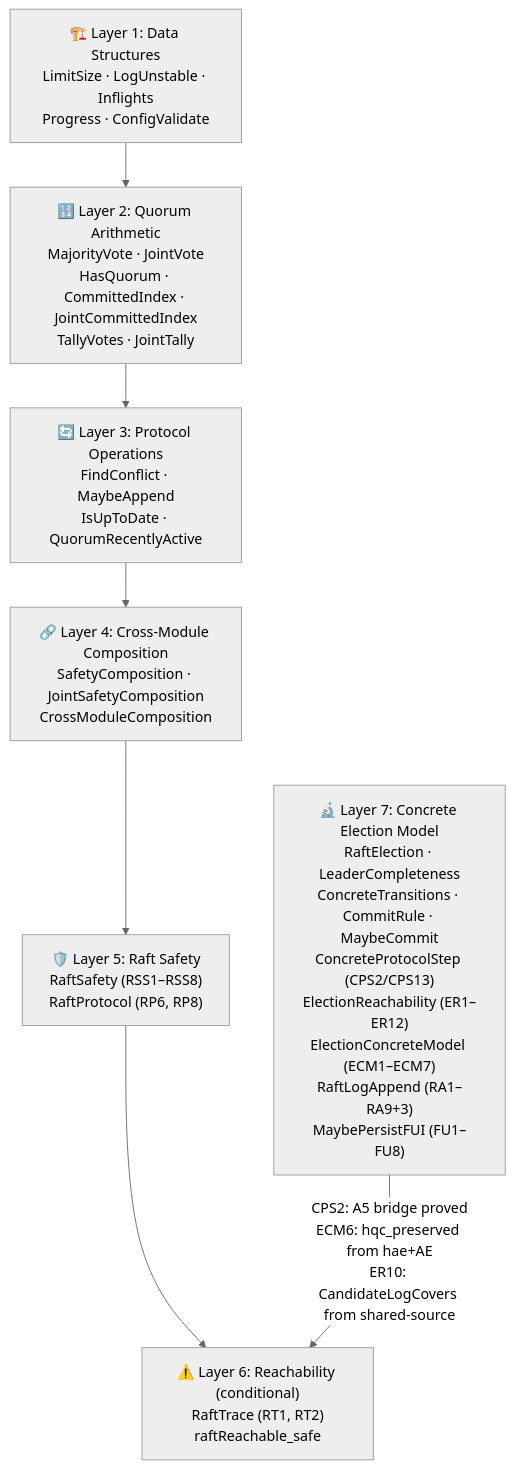
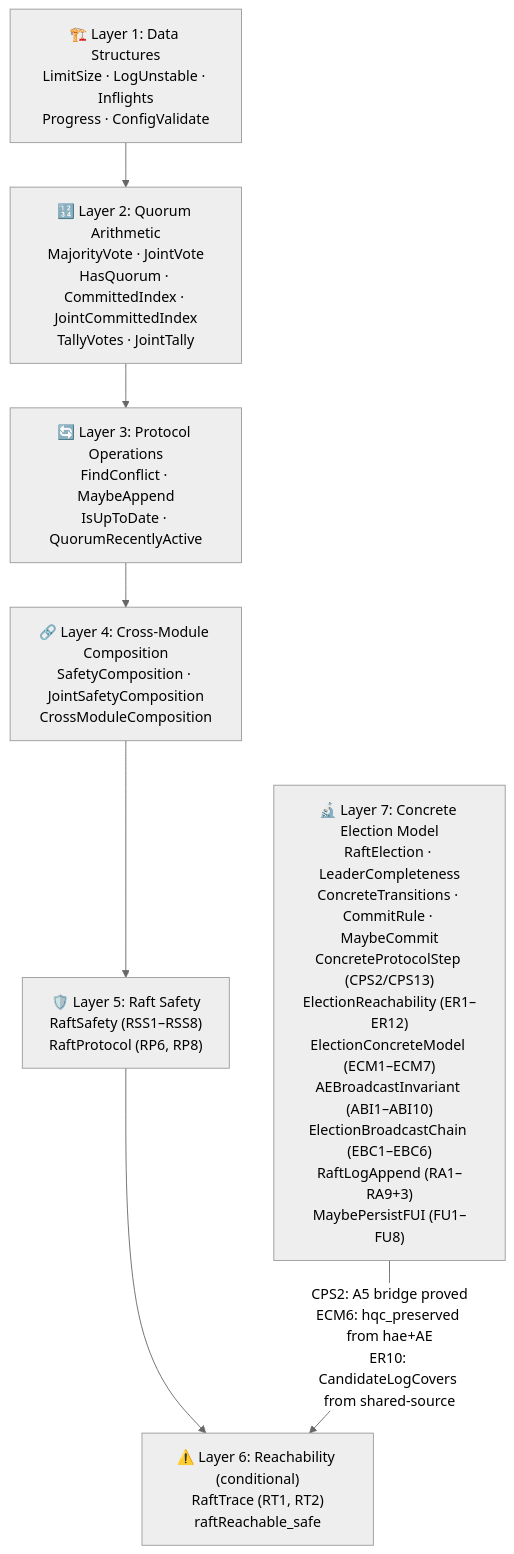
The first of 11 diagrams in formal-verification/REPORT.md (dsyme/raft-lean-squad), drawn with Mermaid (neutral theme) before and after one commit. The commit also changed other lines of this file and 1 other file, not shown here.

````diff
--- a/formal-verification/REPORT.md
+++ b/formal-verification/REPORT.md
@@ -94,17 +97,17 @@
 ```mermaid
 graph TD
     A["🏗️ Layer 1: Data Structures<br/>LimitSize · LogUnstable · Inflights<br/>Progress · ConfigValidate"]
     B["🔢 Layer 2: Quorum Arithmetic<br/>MajorityVote · JointVote<br/>HasQuorum · CommittedIndex · JointCommittedIndex<br/>TallyVotes · JointTally"]
     C["🔄 Layer 3: Protocol Operations<br/>FindConflict · MaybeAppend<br/>IsUpToDate · QuorumRecentlyActive"]
     D["🔗 Layer 4: Cross-Module Composition<br/>SafetyComposition · JointSafetyComposition<br/>CrossModuleComposition"]
     E["🛡️ Layer 5: Raft Safety<br/>RaftSafety (RSS1–RSS8)<br/>RaftProtocol (RP6, RP8)"]
     F["⚠️ Layer 6: Reachability (conditional)<br/>RaftTrace (RT1, RT2)<br/>raftReachable_safe"]
-    G["🔬 Layer 7: Concrete Election Model<br/>RaftElection · LeaderCompleteness<br/>ConcreteTransitions · CommitRule · MaybeCommit<br/>ConcreteProtocolStep (CPS2/CPS13)<br/>ElectionReachability (ER1–ER12)<br/>ElectionConcreteModel (ECM1–ECM7)<br/>RaftLogAppend (RA1–RA9+3)<br/>MaybePersistFUI (FU1–FU8)"]
+    G["🔬 Layer 7: Concrete Election Model<br/>RaftElection · LeaderCompleteness<br/>ConcreteTransitions · CommitRule · MaybeCommit<br/>ConcreteProtocolStep (CPS2/CPS13)<br/>ElectionReachability (ER1–ER12)<br/>ElectionConcreteModel (ECM1–ECM7)<br/>AEBroadcastInvariant (ABI1–ABI10)<br/>ElectionBroadcastChain (EBC1–EBC6)<br/>RaftLogAppend (RA1–RA9+3)<br/>MaybePersistFUI (FU1–FU8)"]
 
     A --> B
     B --> C
     C --> D
     D --> E
     E --> F
     G -->|"CPS2: A5 bridge proved<br/>ECM6: hqc_preserved from hae+AE<br/>ER10: CandidateLogCovers from shared-source"| F
 ```
````
